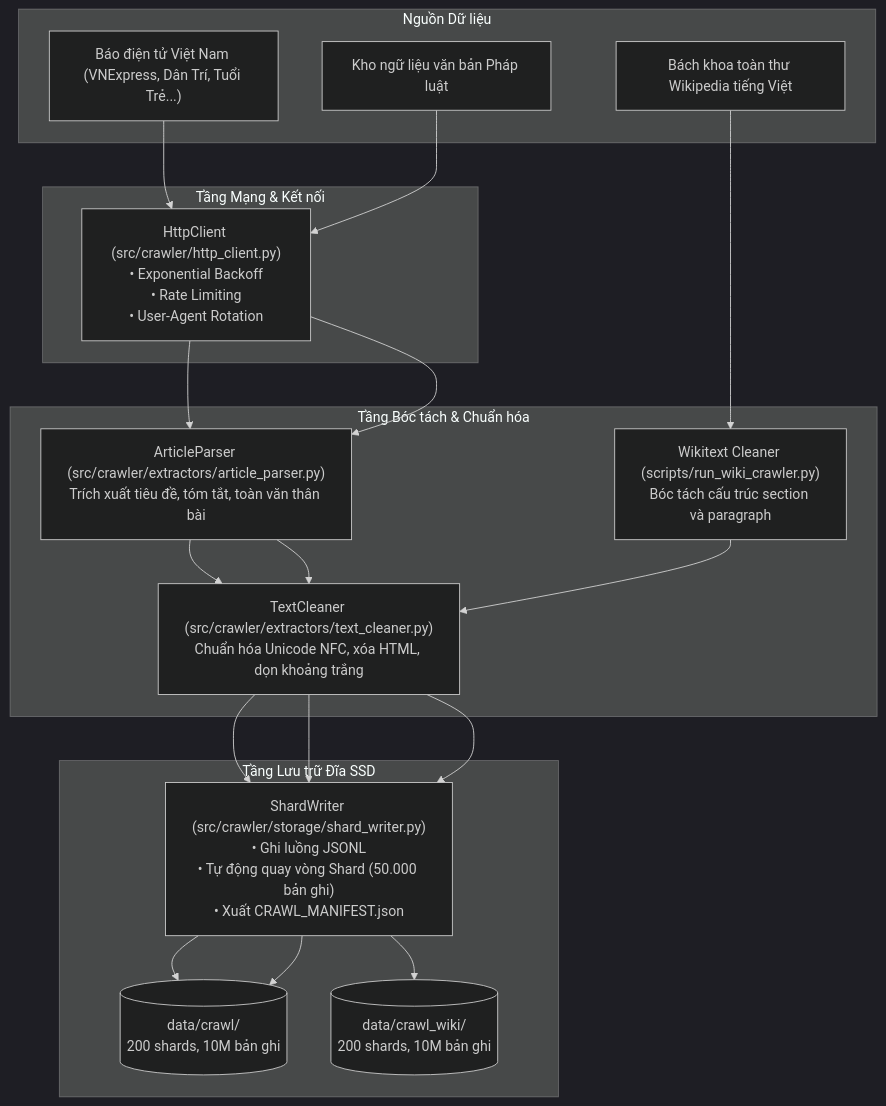
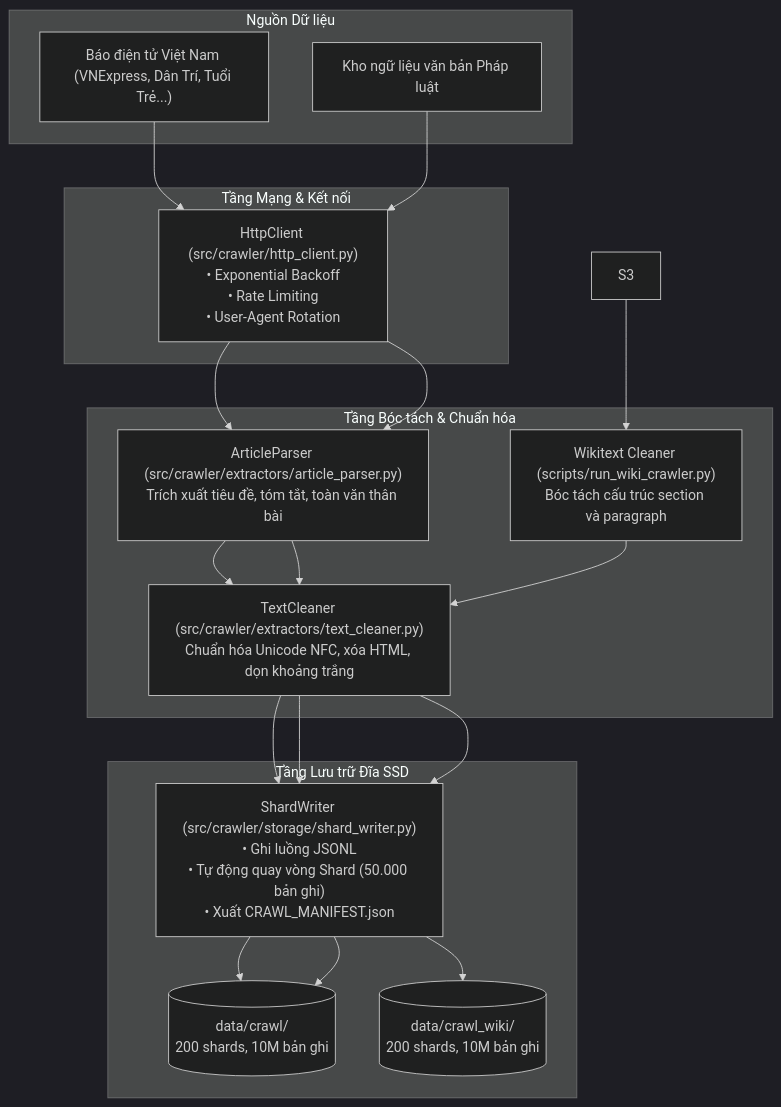
One commit to rootkind35-del/HNSW-Combined-Quantization changed the diagram in docs/BAO_CAO_LUONG_CRAWLER.md. Above: the diagram before and after it, drawn with Mermaid (dark theme). The commit also changed other lines of this file and 265 other files, not shown here.

````diff
--- a/docs/BAO_CAO_LUONG_CRAWLER.md
+++ b/docs/BAO_CAO_LUONG_CRAWLER.md
@@ -16,28 +16,28 @@
 ```mermaid
 flowchart TD
     subgraph Sources ["Nguồn Dữ liệu"]
         S1["Báo điện tử Việt Nam (VNExpress, Dân Trí, Tuổi Trẻ...)"]
         S2["Kho ngữ liệu văn bản Pháp luật"]
-        S3["Bách khoa toàn thư Wikipedia tiếng Việt"]
+        
     end
 
     subgraph Network ["Tầng Mạng & Kết nối"]
         HC["HttpClient (src/crawler/http_client.py)<br/>• Exponential Backoff<br/>• Rate Limiting<br/>• User-Agent Rotation"]
     end
 
     subgraph Parsing ["Tầng Bóc tách & Chuẩn hóa"]
         AP["ArticleParser (src/crawler/extractors/article_parser.py)<br/>Trích xuất tiêu đề, tóm tắt, toàn văn thân bài"]
         CW["Wikitext Cleaner (scripts/run_wiki_crawler.py)<br/>Bóc tách cấu trúc section và paragraph"]
         TC["TextCleaner (src/crawler/extractors/text_cleaner.py)<br/>Chuẩn hóa Unicode NFC, xóa HTML, dọn khoảng trắng"]
     end
 
     subgraph Storage ["Tầng Lưu trữ Đĩa SSD"]
         SW["ShardWriter (src/crawler/storage/shard_writer.py)<br/>• Ghi luồng JSONL<br/>• Tự động quay vòng Shard (50.000 bản ghi)<br/>• Xuất CRAWL_MANIFEST.json"]
         D1[("data/crawl/<br/>200 shards, 10M bản ghi")]
         D2[("data/crawl_wiki/<br/>200 shards, 10M bản ghi")]
     end
 
     S1 --> HC --> AP --> TC --> SW --> D1
     S2 --> HC --> AP --> TC --> SW --> D1
     S3 --> CW --> TC --> SW --> D2
 ```
````
